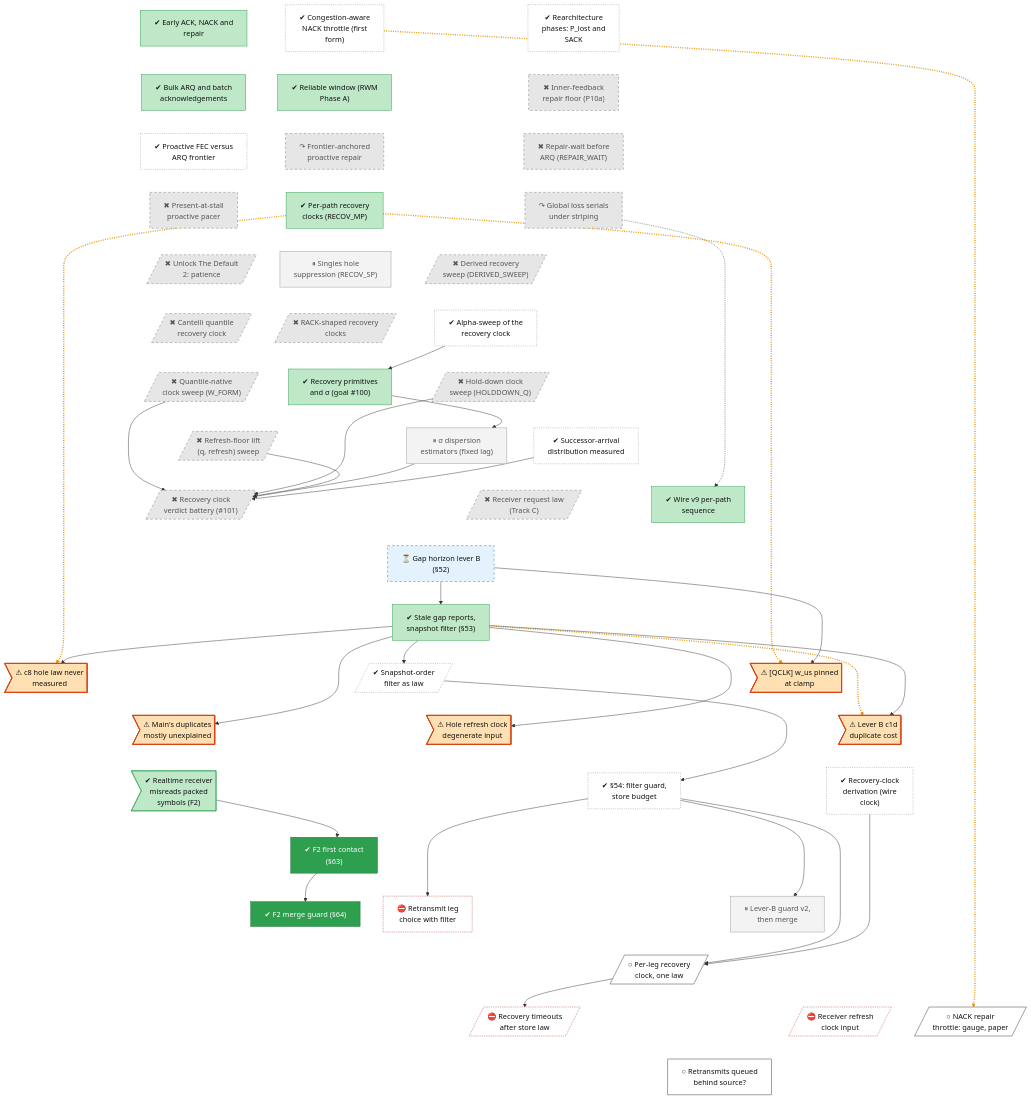
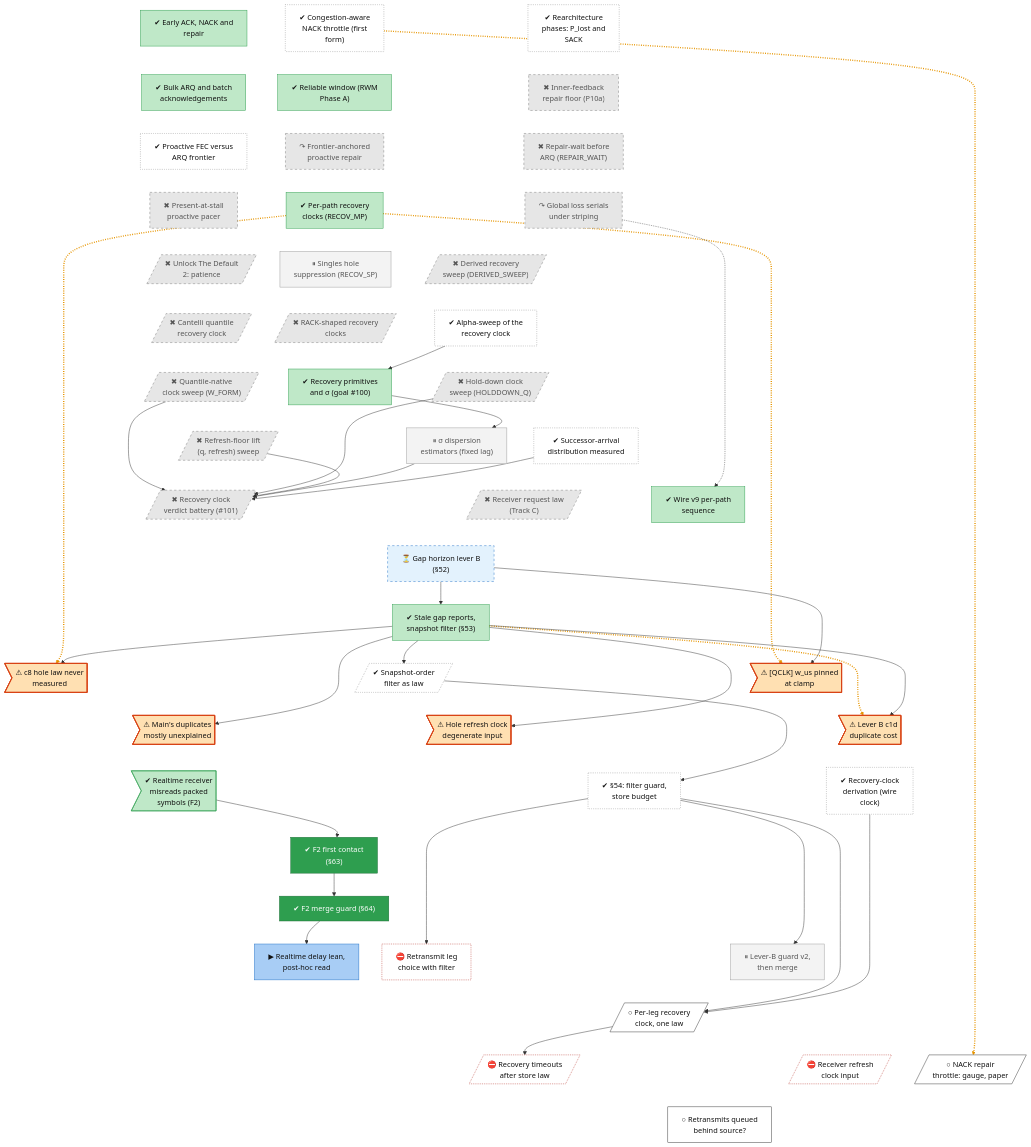
The diagram in docs/roadmap/tracks/rec.md (lhns/raptorpath), drawn with Mermaid before and after one commit. The commit also changed other lines of this file and 4 other files, not shown here.

First line of the commit message:
roadmap: block E pacing-gate finding, the session-reuse work (suites, binaries, tools tests, sccache), the Realtime delay-lean read; §51 now depends on the F2 guard

````diff
--- a/docs/roadmap/tracks/rec.md
+++ b/docs/roadmap/tracks/rec.md
@@ -49,6 +49,7 @@
     rec_defect_realtime_framing>"✔ Realtime receiver<br/>misreads packed<br/>symbols (F2)"]
     rec_s63_f2_first_contact["✔ F2 first contact<br/>(#167;63)"]
     rec_f2_merge_guard["✔ F2 merge guard (#167;64)"]
+    rec_s64_delay_lean["▶ Realtime delay lean,<br/>post-hoc read"]
     rec_w0_leg_question["⛔ Retransmit leg<br/>choice with filter"]
     rec_leverb_guard["⏸ Lever-B guard v2,<br/>then merge"]
     rec_fix_perleg_clock_n1[/"○ Per-leg recovery<br/>clock, one law"/]
@@ -97,9 +98,10 @@
     rec_wire_clock_derivation ~~~ rec_s63_f2_first_contact
     rec_defect_realtime_framing ~~~ rec_s63_f2_first_contact
     rec_s63_f2_first_contact ~~~ rec_f2_merge_guard
-    rec_s63_f2_first_contact ~~~ rec_w0_leg_question
-    rec_s63_f2_first_contact ~~~ rec_leverb_guard
-    rec_f2_merge_guard ~~~ rec_fix_perleg_clock_n1
+    rec_f2_merge_guard ~~~ rec_s64_delay_lean
+    rec_f2_merge_guard ~~~ rec_w0_leg_question
+    rec_f2_merge_guard ~~~ rec_leverb_guard
+    rec_s64_delay_lean ~~~ rec_fix_perleg_clock_n1
     rec_w0_leg_question ~~~ rec_fix_perleg_clock_n1
     rec_leverb_guard ~~~ rec_fix_perleg_clock_n1
     rec_fix_perleg_clock_n1 ~~~ rec_recovery_timeouts
@@ -130,12 +132,13 @@
     rec_snapver_law --> rec_s54_session
     rec_defect_realtime_framing --> rec_s63_f2_first_contact
     rec_s63_f2_first_contact --> rec_f2_merge_guard
+    rec_f2_merge_guard --> rec_s64_delay_lean
     rec_s54_session --> rec_w0_leg_question
     rec_s54_session --> rec_leverb_guard
     rec_s54_session --> rec_fix_perleg_clock_n1
     rec_wire_clock_derivation --> rec_fix_perleg_clock_n1
     rec_fix_perleg_clock_n1 --> rec_recovery_timeouts
-    linkStyle 52,53,54,64 stroke:#e69500,stroke-width:3px,stroke-dasharray:2 3
+    linkStyle 53,54,55,65 stroke:#e69500,stroke-width:3px,stroke-dasharray:2 3
     classDef vsucc fill:#2e9e4f,stroke:#1b6b34,color:#fff
     classDef succ fill:#bfe8c8,stroke:#2e9e4f,color:#111
     classDef mixed fill:#ffd37a,stroke:#c98a00,color:#111
@@ -156,6 +159,7 @@
     class rec_gap_horizon waiting
     class rec_defect_qclk_clamp,rec_defect_hole_law,rec_defect_refresh_input,rec_leverb_c1d_cost,rec_defect_base_duplicates defect
     class rec_s63_f2_first_contact,rec_f2_merge_guard vsucc
+    class rec_s64_delay_lean inprog
     class rec_w0_leg_question,rec_recovery_timeouts,rec_fix_refresh_clock blocked
     class rec_fix_perleg_clock_n1,rec_fix_nack_throttle,rec_retx_behind_source next
 ```
````
